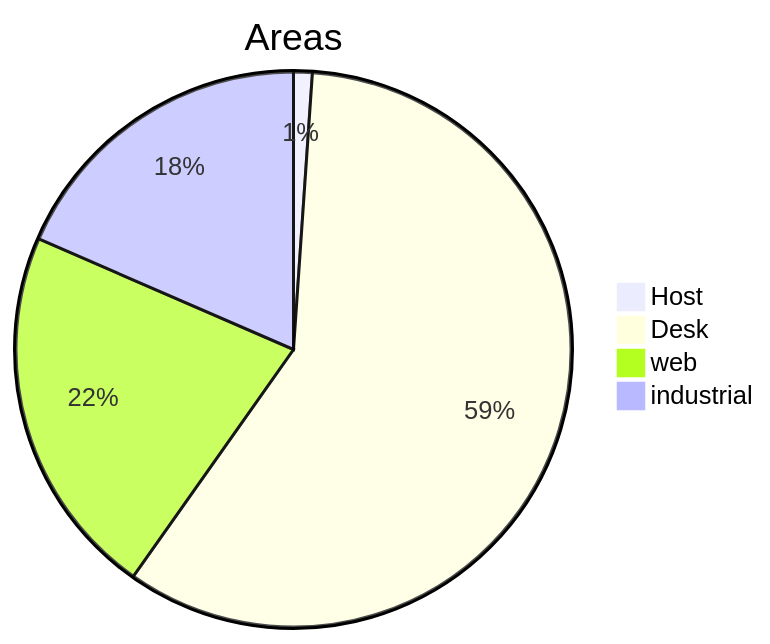
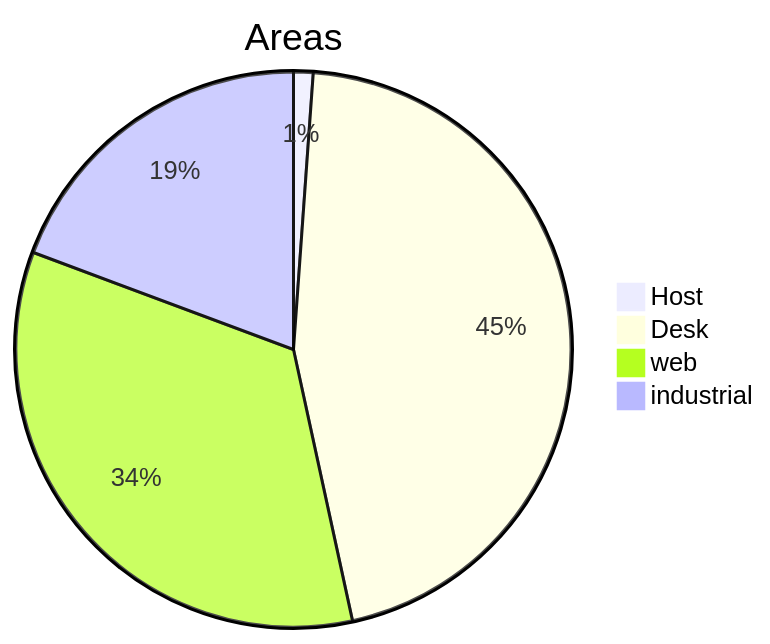
Before and after one commit to rarmero/resume: the second of 3 diagrams in metrics.qmd, drawn with Mermaid. The commit also changed other lines of this file and 2 other files, not shown here.

````diff
--- a/metrics.qmd
+++ b/metrics.qmd
@@ -40,7 +41,7 @@
 ```{mermaid}
 pie title Areas
    "Host" : 1
-    "Desk" : 54
-    "web" : 20
+    "Desk" : 40
+    "web" : 30
     "industrial" : 17
 ```
````
